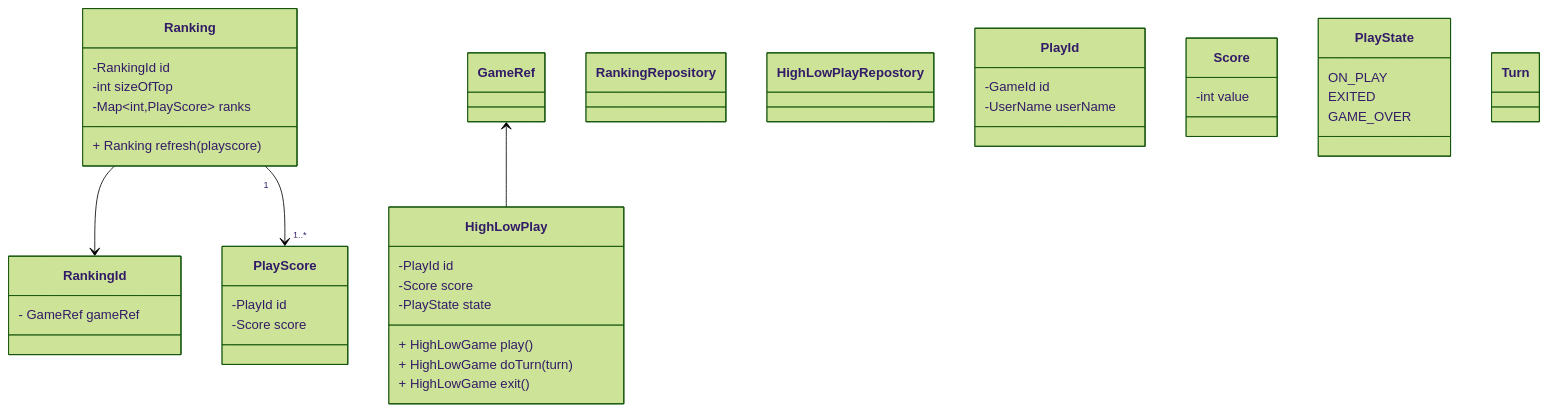
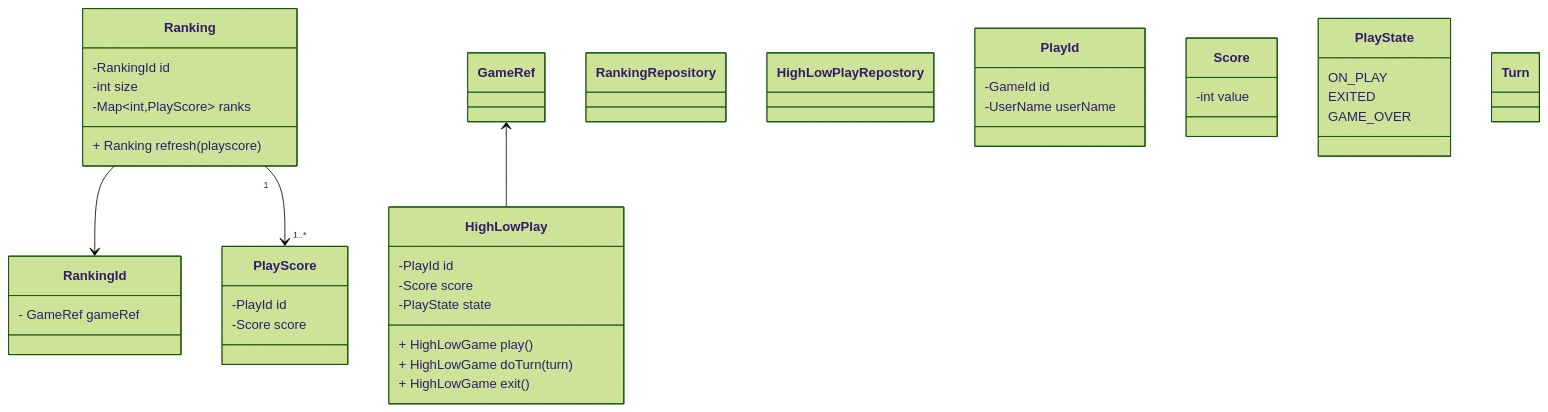
Before and after one commit to yangwansu/play-the-games: the diagram in README.md, drawn with Mermaid (forest theme). The commit also changed 3 other files, not shown here.

````diff
--- a/README.md
+++ b/README.md
@@ -59,70 +59,70 @@
 ```mermaid
 classDiagram
 
 
 Ranking --> RankingId
 Ranking "1" --> "1..*" PlayScore
 
 class RankingId {
     - GameRef gameRef
 }
 
 GameRef <-- HighLowPlay
 
 
 class RankingRepository { 
 
 }
 
 class Ranking {
 
  -RankingId id
 
- -int sizeOfTop
+ -int size
  -Map~int,PlayScore~ ranks
  
  + Ranking refresh(playscore)
 }
 
 class PlayScore {
    -PlayId id
    -Score score 
 }
 
 class HighLowPlayRepostory {
   
 }
 
 class HighLowPlay {
  -PlayId id
  -Score score
  -PlayState state
  + HighLowGame play()
  + HighLowGame doTurn(turn)
  + HighLowGame exit()
 }
 
 class PlayId {
  -GameId id
  -UserName userName
 }
 
 class Score {
  -int value
 }
 
 class PlayState {
  ON_PLAY
  EXITED
  GAME_OVER
 }
 
 class Turn {
   
 }
 
 
 
 
   
 ```
````
